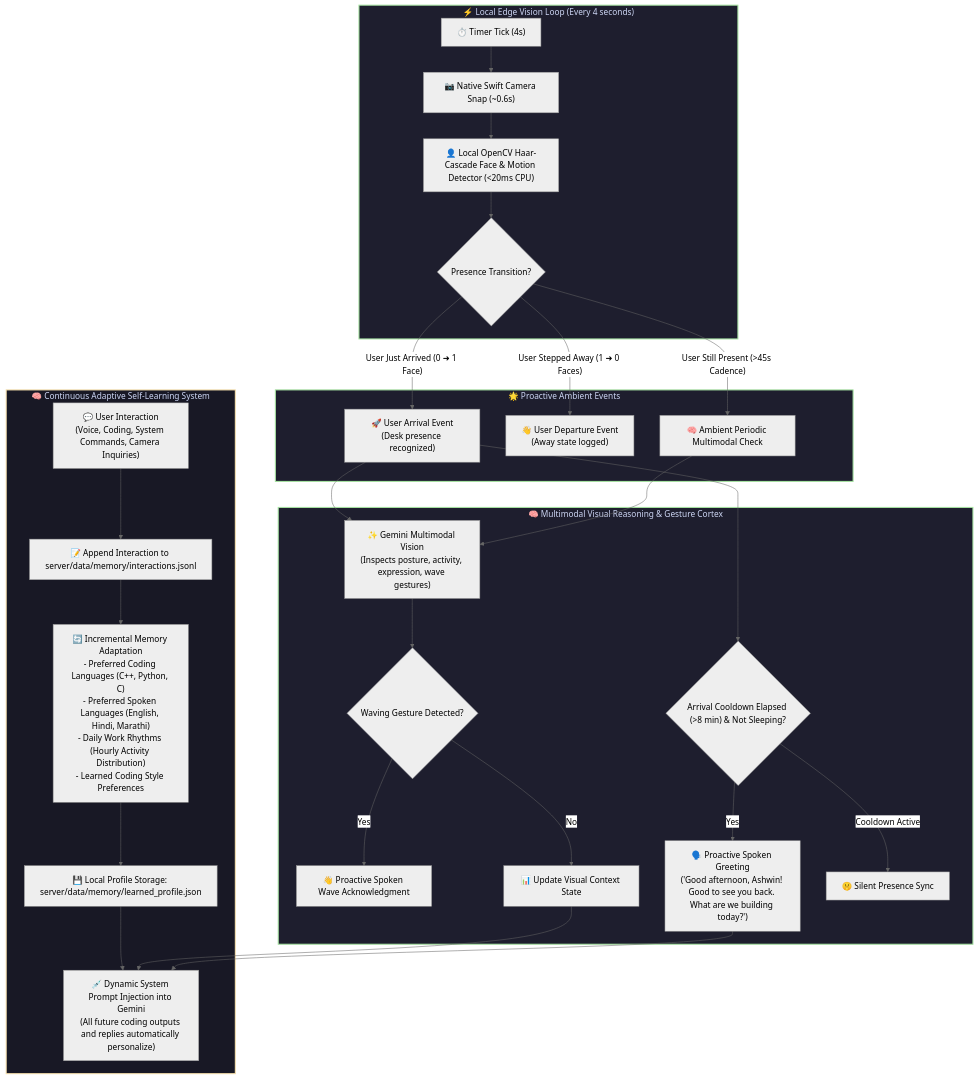
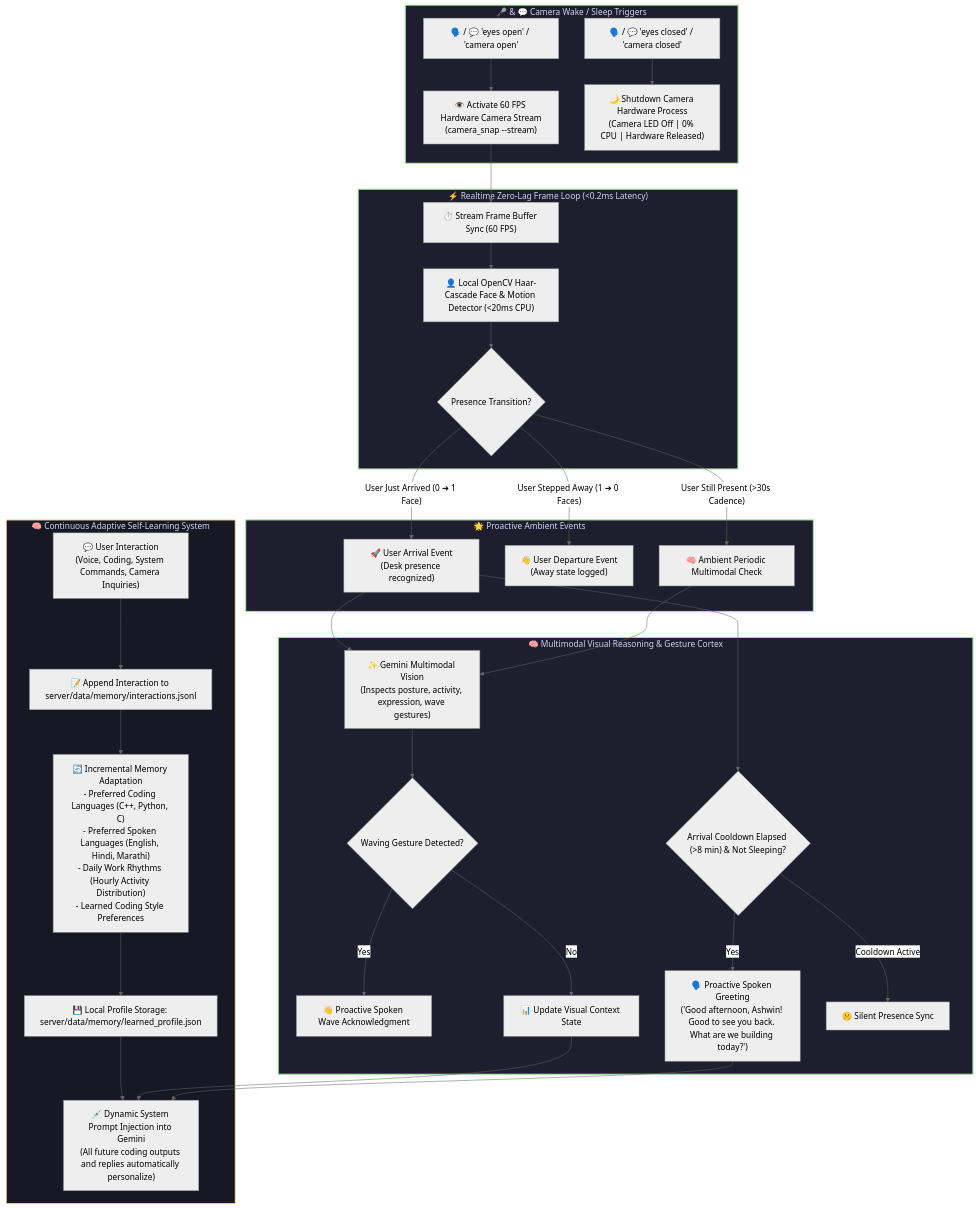
One commit to ashwintelangstark/january.systems changed the third of 9 diagrams in README.md. Above: the diagram before and after it, drawn with Mermaid (neutral theme). The commit also changed other lines of this file and 5 other files, not shown here.

Commit message:
feat: 60 FPS realtime hardware video stream and eyes open/eyes closed camera wake words

````diff
--- a/README.md
+++ b/README.md
@@ -121,41 +124,46 @@
 ```mermaid
 flowchart TD
-    subgraph EdgeWatch ["⚡ Local Edge Vision Loop (Every 4 seconds)"]
-        TICK["⏱️ Timer Tick (4s)"] --> SNAP["📷 Native Swift Camera Snap (~0.6s)"]
-        SNAP --> OPENCV["👤 Local OpenCV Haar-Cascade Face & Motion Detector (<20ms CPU)"]
+    subgraph Controls ["🎤 & 💬 Camera Wake / Sleep Triggers"]
+        CMD_OPEN["🗣️ / 💬 'eyes open' / 'camera open'"] --> STREAM_ON["👁️ Activate 60 FPS Hardware Camera Stream<br/>(camera_snap --stream)"]
+        CMD_CLOSE["🗣️ / 💬 'eyes closed' / 'camera closed'"] --> STREAM_OFF["🌙 Shutdown Camera Hardware Process<br/>(Camera LED Off | 0% CPU | Hardware Released)"]
+    end
+
+    subgraph EdgeWatch ["⚡ Realtime Zero-Lag Frame Loop (<0.2ms Latency)"]
+        STREAM_ON --> TICK["⏱️ Stream Frame Buffer Sync (60 FPS)"]
+        TICK --> OPENCV["👤 Local OpenCV Haar-Cascade Face & Motion Detector (<20ms CPU)"]
         OPENCV --> PRESENCE{"Presence Transition?"}
     end
 
     subgraph StateEvents ["🌟 Proactive Ambient Events"]
         PRESENCE -->|"User Just Arrived (0 ➜ 1 Face)"| ARRIVAL["🚀 User Arrival Event<br/>(Desk presence recognized)"]
         PRESENCE -->|"User Stepped Away (1 ➜ 0 Faces)"| DEPART["👋 User Departure Event<br/>(Away state logged)"]
-        PRESENCE -->|"User Still Present (>45s Cadence)"| PERIODIC["🧠 Ambient Periodic Multimodal Check"]
+        PRESENCE -->|"User Still Present (>30s Cadence)"| PERIODIC["🧠 Ambient Periodic Multimodal Check"]
     end
 
     subgraph Cortex ["🧠 Multimodal Visual Reasoning & Gesture Cortex"]
         ARRIVAL --> GEMINI_VISION["✨ Gemini Multimodal Vision<br/>(Inspects posture, activity, expression, wave gestures)"]
         PERIODIC --> GEMINI_VISION
         GEMINI_VISION --> GESTURE{"Waving Gesture Detected?"}
         GESTURE -->|"Yes"| WAVE_ACK["👋 Proactive Spoken Wave Acknowledgment"]
         GESTURE -->|"No"| UPDATE_CTX["📊 Update Visual Context State"]
         ARRIVAL --> COOLDOWN{"Arrival Cooldown Elapsed (>8 min) & Not Sleeping?"}
         COOLDOWN -->|"Yes"| PROACTIVE_GREET["🗣️ Proactive Spoken Greeting<br/>('Good afternoon, Ashwin! Good to see you back. What are we building today?')"]
         COOLDOWN -->|"Cooldown Active"| KEEP_SILENT["🤫 Silent Presence Sync"]
     end
 
     subgraph MemoryEngine ["🧠 Continuous Adaptive Self-Learning System"]
         INTERACTION["💬 User Interaction<br/>(Voice, Coding, System Commands, Camera Inquiries)"]
         INTERACTION --> LOG["📝 Append Interaction to server/data/memory/interactions.jsonl"]
         LOG --> ADAPT["🔄 Incremental Memory Adaptation<br/>- Preferred Coding Languages (C++, Python, C)<br/>- Preferred Spoken Languages (English, Hindi, Marathi)<br/>- Daily Work Rhythms (Hourly Activity Distribution)<br/>- Learned Coding Style Preferences"]
         ADAPT --> STORE["💾 Local Profile Storage: server/data/memory/learned_profile.json"]
         STORE --> INJECT["💉 Dynamic System Prompt Injection into Gemini<br/>(All future coding outputs and replies automatically personalize)"]
     end
 
     UPDATE_CTX --> INJECT
     PROACTIVE_GREET --> INJECT
 
     classDef visionBox fill:#1e1e2e,stroke:#a6e3a1,stroke-width:2px,color:#cdd6f4;
     classDef memBox fill:#181825,stroke:#f9e2af,stroke-width:2px,color:#cdd6f4;
-    class EdgeWatch,StateEvents,Cortex visionBox;
+    class Controls,EdgeWatch,StateEvents,Cortex visionBox;
     class MemoryEngine memBox;
 ```
````
